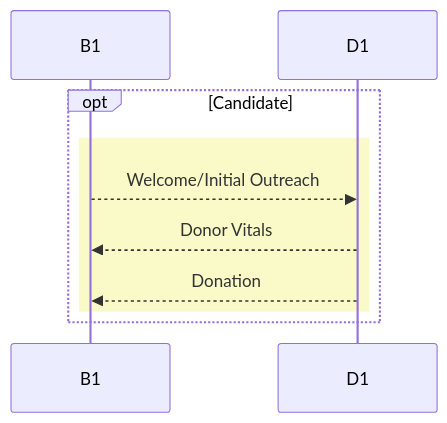
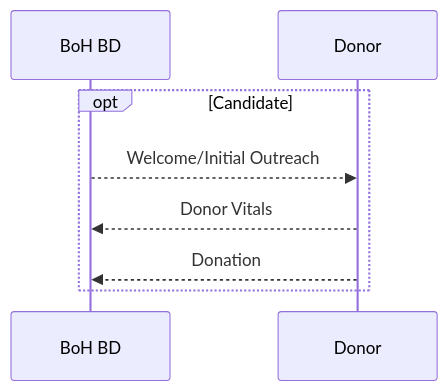
Before and after one commit to Apistolic/boh-larament: the first of 4 diagrams in app/Docs/DonorWorkflows.md, drawn with Mermaid.

````diff
--- a/app/Docs/DonorWorkflows.md
+++ b/app/Docs/DonorWorkflows.md
@@ -11,10 +11,8 @@
 ```mermaid
 sequenceDiagram
     opt Candidate
-        rect rgb(250,250,200)
-        B1 -->> D1: Welcome/Initial Outreach
-        D1 -->> B1: Donor Vitals
-        D1 -->> B1: Donation
-        end
+        BoH BD -->> Donor: Welcome/Initial Outreach
+        Donor -->> BoH BD: Donor Vitals
+        Donor -->> BoH BD: Donation
     end
 ```
````
